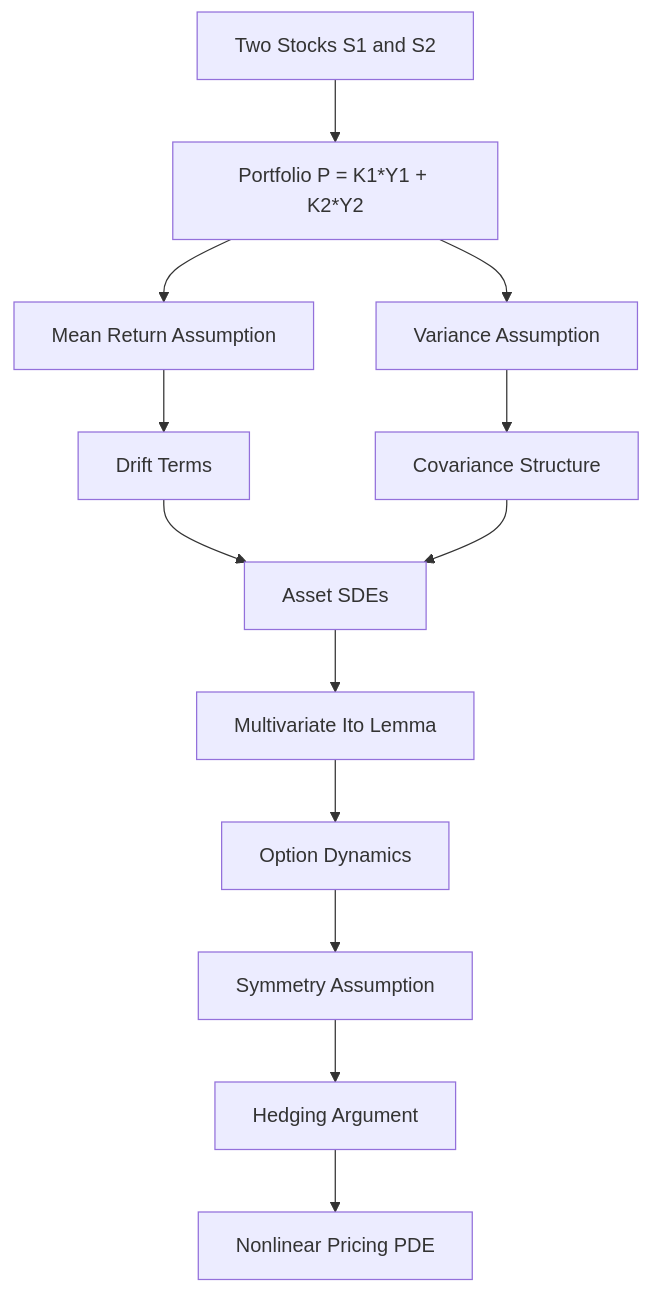
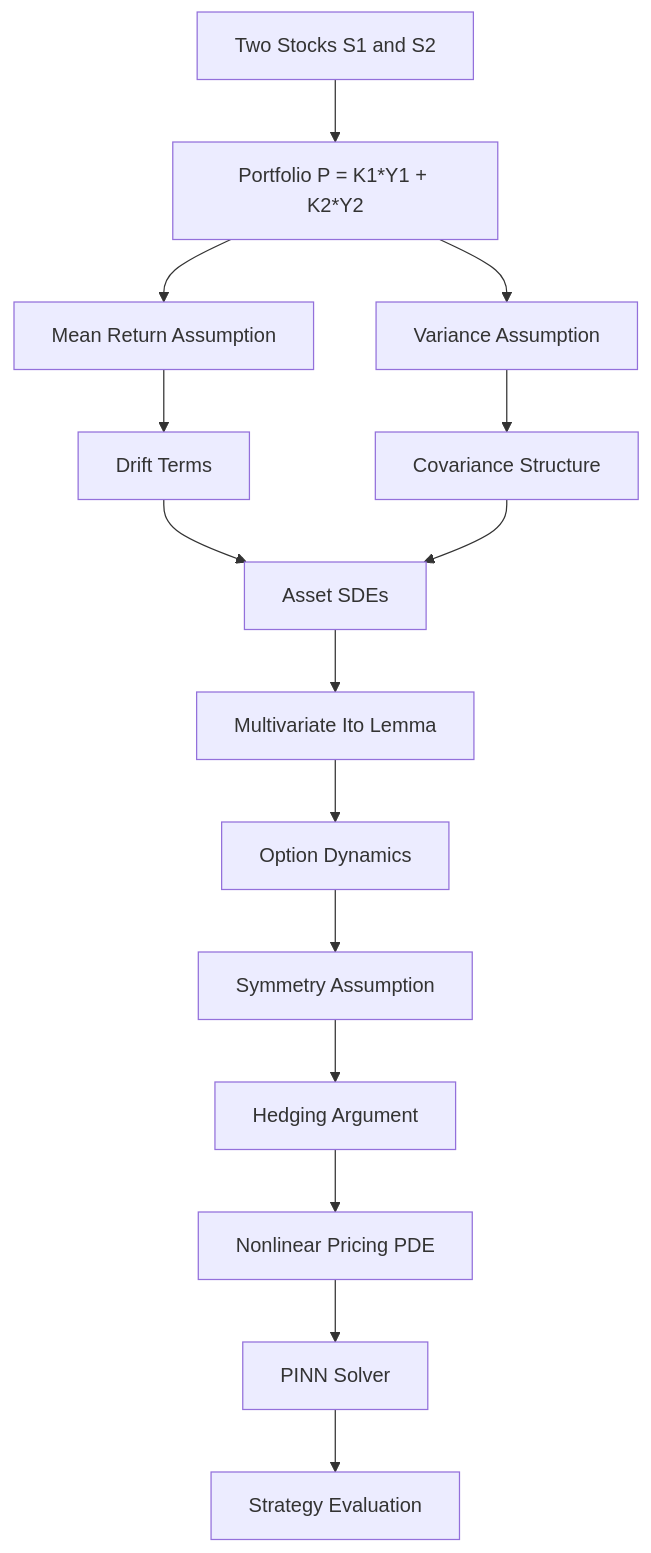
The diagram in Black_and_Scholes/README.md (Raghava-Ayyagari/Quant-Trading), drawn with Mermaid before and after one commit. The commit also changed other lines of this file, not shown here.

````diff
--- a/Black_and_Scholes/README.md
+++ b/Black_and_Scholes/README.md
@@ -13,26 +59,30 @@
 ```mermaid
 flowchart TD
 
 A[Two Stocks S1 and S2]
 --> B[Portfolio P = K1*Y1 + K2*Y2]
 
 B --> C[Mean Return Assumption]
 B --> D[Variance Assumption]
 
 C --> E[Drift Terms]
 
 D --> F[Covariance Structure]
 
 E --> G[Asset SDEs]
 F --> G
 
 G --> H[Multivariate Ito Lemma]
 
 H --> I[Option Dynamics]
 
 I --> J[Symmetry Assumption]
 
 J --> K[Hedging Argument]
 
 K --> L[Nonlinear Pricing PDE]
+
+L --> M[PINN Solver]
+
+M --> N[Strategy Evaluation]
 ```
````
